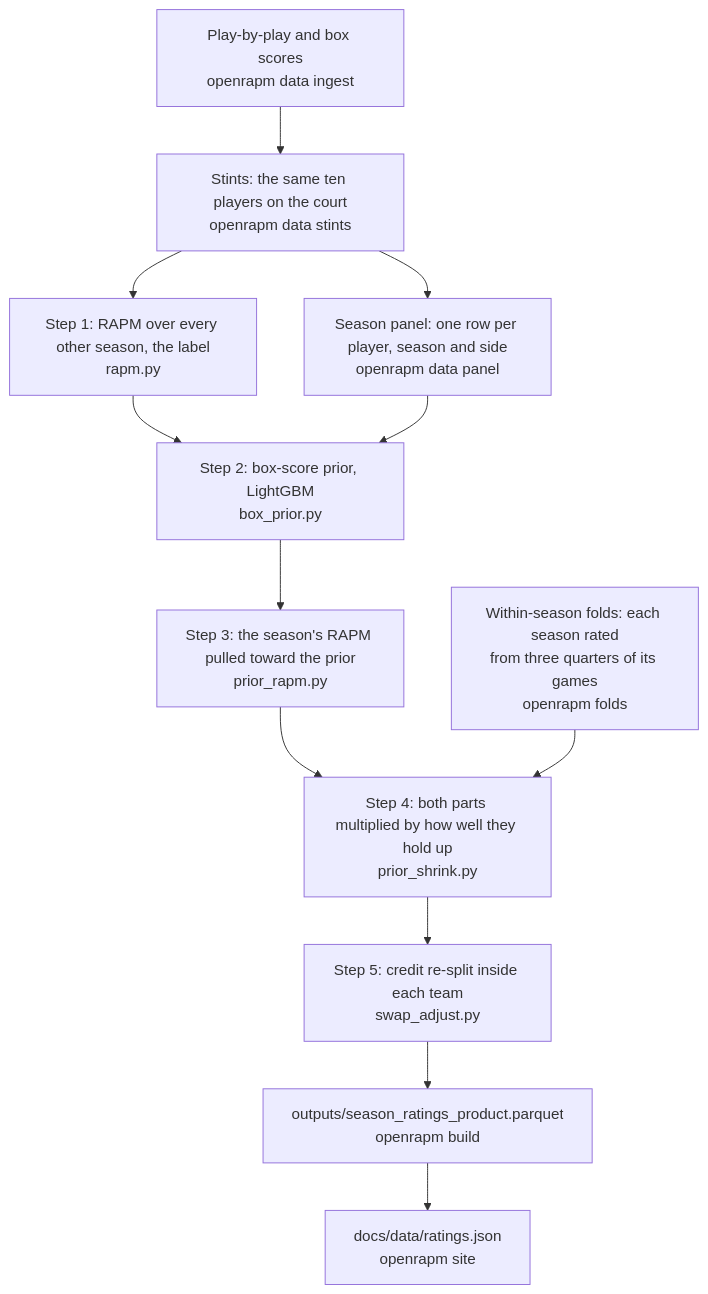
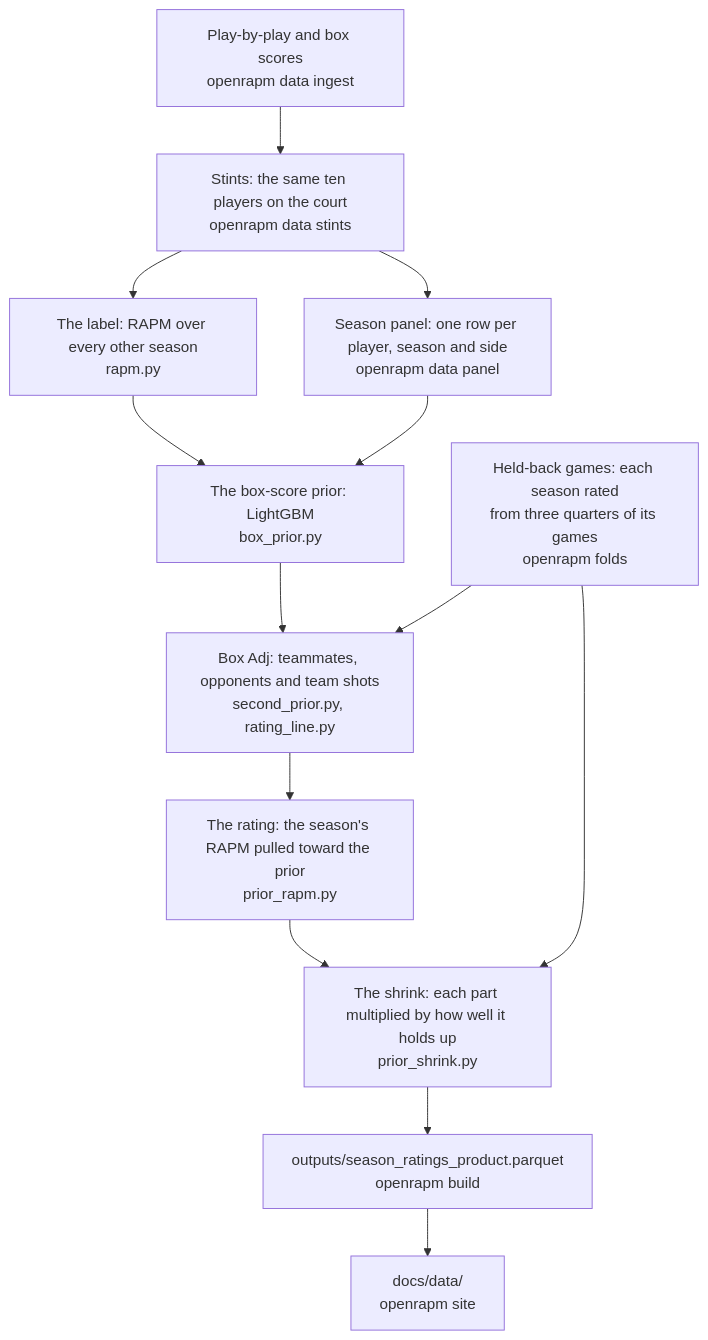
Before and after one commit to bbstats/openrapm: the diagram in README.md, drawn with Mermaid. The commit also changed other lines of this file, not shown here.

Commit message:
README rewritten to what ships: Box Adj in the table, the flowchart and the reading order; a build recipe that builds Box Adj's line; three readings judge; no counts that go stale

````diff
--- a/README.md
+++ b/README.md
@@ -68,14 +27,15 @@
 ```mermaid
 flowchart TD
     RAW["Play-by-play and box scores<br/>openrapm data ingest"] --> ST["Stints: the same ten players on the court<br/>openrapm data stints"]
     ST --> PAN["Season panel: one row per player, season and side<br/>openrapm data panel"]
-    ST --> S1["Step 1: RAPM over every other season, the label<br/>rapm.py"]
-    S1 --> S2["Step 2: box-score prior, LightGBM<br/>box_prior.py"]
+    ST --> S1["The label: RAPM over every other season<br/>rapm.py"]
+    S1 --> S2["The box-score prior: LightGBM<br/>box_prior.py"]
     PAN --> S2
-    S2 --> S3["Step 3: the season's RAPM pulled toward the prior<br/>prior_rapm.py"]
-    S3 --> S4["Step 4: both parts multiplied by how well they hold up<br/>prior_shrink.py"]
-    FOLDS["Within-season folds: each season rated<br/>from three quarters of its games<br/>openrapm folds"] --> S4
-    S4 --> S5["Step 5: credit re-split inside each team<br/>swap_adjust.py"]
-    S5 --> OUT["outputs/season_ratings_product.parquet<br/>openrapm build"]
-    OUT --> SITE["docs/data/ratings.json<br/>openrapm site"]
+    S2 --> BA["Box Adj: teammates, opponents and team shots<br/>second_prior.py, rating_line.py"]
+    BA --> S3["The rating: the season's RAPM pulled toward the prior<br/>prior_rapm.py"]
+    S3 --> S4["The shrink: each part multiplied by how well it holds up<br/>prior_shrink.py"]
+    FOLDS["Held-back games: each season rated<br/>from three quarters of its games<br/>openrapm folds"] --> S4
+    FOLDS --> BA
+    S4 --> OUT["outputs/season_ratings_product.parquet<br/>openrapm build"]
+    OUT --> SITE["docs/data/<br/>openrapm site"]
 ```
````
